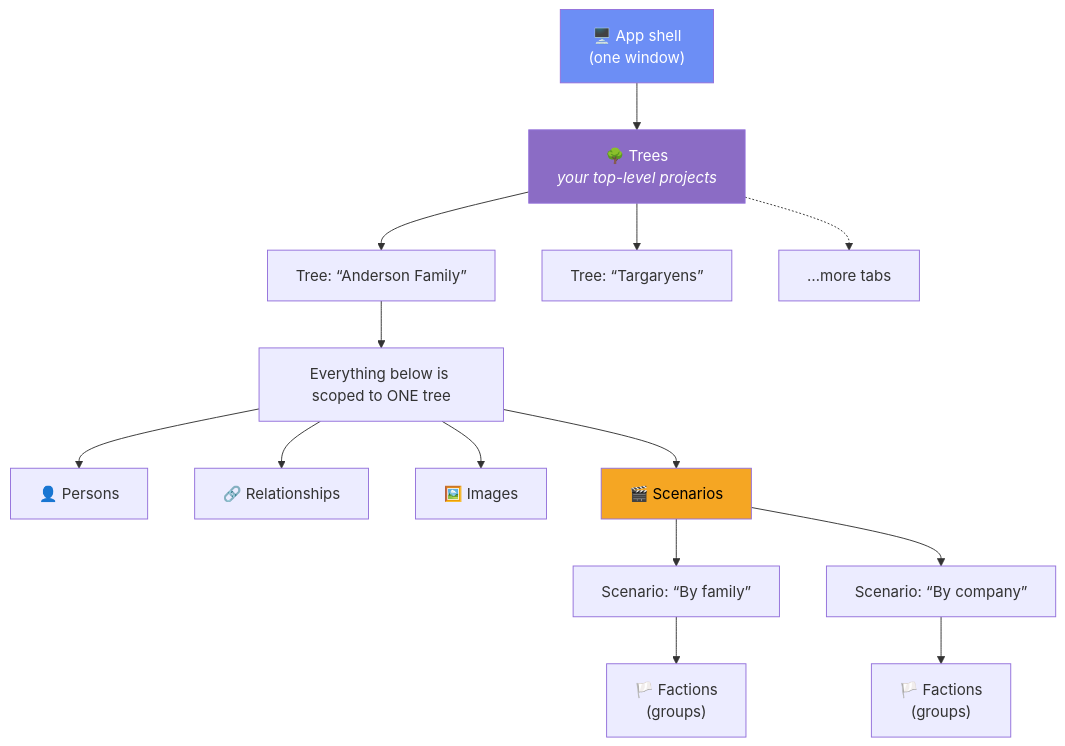
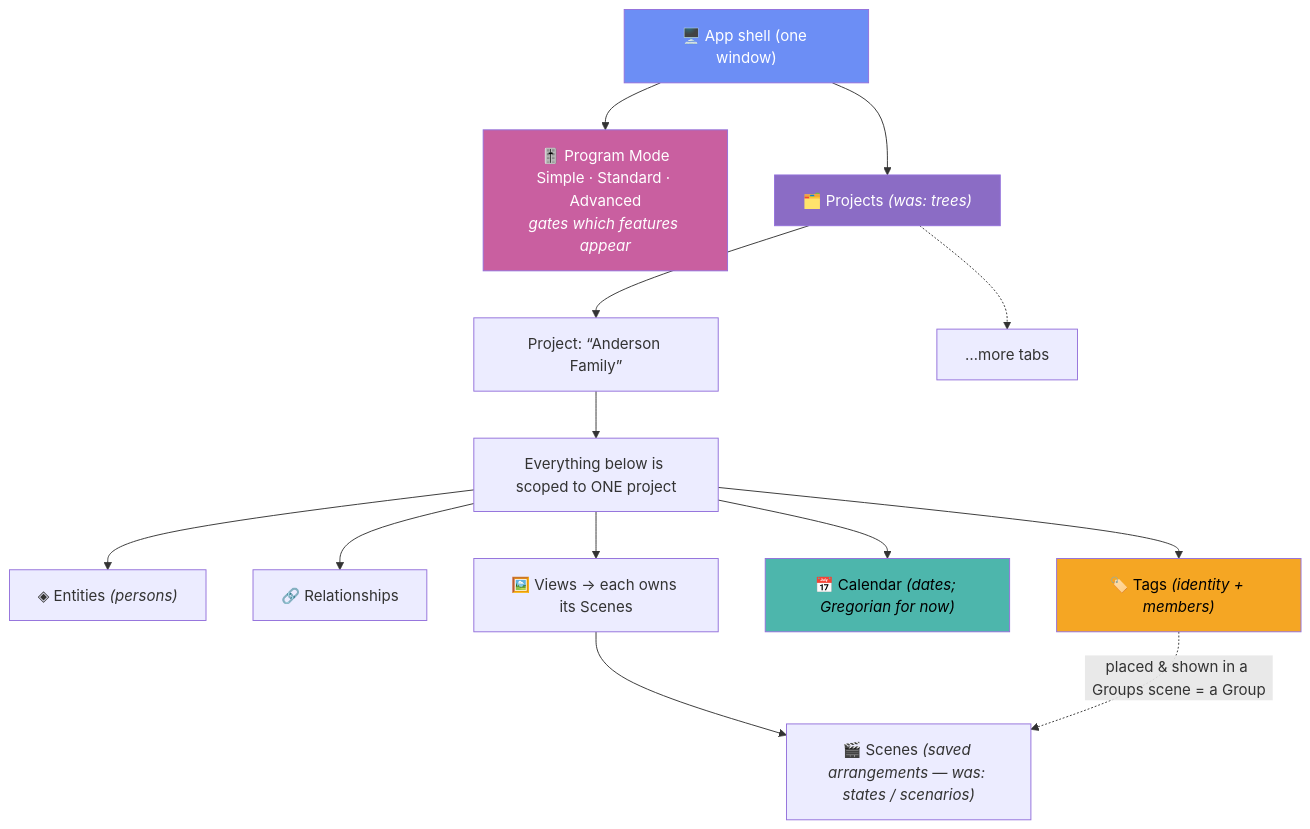
The first of 11 diagrams in docs/client-structure.md (TommyChan6/ModernFamilyTree), drawn with Mermaid before and after one commit. The commit also changed other lines of this file and 7 other files, not shown here.

````diff
--- a/docs/client-structure.md
+++ b/docs/client-structure.md
@@ -16,25 +21,25 @@
 ```mermaid
 flowchart TD
-    App["🖥️  App shell<br/>(one window)"]
-    App --> Trees["🌳 Trees<br/><i>your top-level projects</i>"]
+    App["🖥️ App shell (one window)"]
+    App --> Mode["🎚️ Program Mode<br/>Simple · Standard · Advanced<br/><i>gates which features appear</i>"]
+    App --> Proj["🗂️ Projects <i>(was: trees)</i>"]
 
-    Trees --> T1["Tree: “Anderson Family”"]
-    Trees --> T2["Tree: “Targaryens”"]
-    Trees -.-> Tn["…more tabs"]
+    Proj --> P1["Project: “Anderson Family”"]
+    Proj -.-> Pn["…more tabs"]
 
-    T1 --> Data["Everything below is scoped to ONE tree"]
+    P1 --> Data["Everything below is scoped to ONE project"]
+    Data --> Ent["◈ Entities <i>(persons)</i>"]
+    Data --> Rels["🔗 Relationships"]
+    Data --> Tags["🏷️ Tags <i>(identity + members)</i>"]
+    Data --> Cal["📅 Calendar <i>(dates; Gregorian for now)</i>"]
+    Data --> Views["🖼️ Views → each owns its Scenes"]
 
-    Data --> People["👤 Persons"]
-    Data --> Rels["🔗 Relationships"]
-    Data --> Imgs["🖼️ Images"]
-    Data --> Scen["🎬 Scenarios"]
-
-    Scen --> S1["Scenario: “By family”"]
-    Scen --> S2["Scenario: “By company”"]
-    S1 --> F1["🏳️ Factions<br/>(groups)"]
-    S2 --> F2["🏳️ Factions<br/>(groups)"]
+    Views --> Scenes["🎬 Scenes <i>(saved arrangements — was: states / scenarios)</i>"]
+    Tags -. "placed & shown in a Groups scene = a Group" .-> Scenes
 
     style App fill:#6c8ef5,color:#fff
-    style Trees fill:#8b6cc5,color:#fff
-    style Scen fill:#f5a623,color:#000
+    style Mode fill:#c95fa0,color:#fff
+    style Proj fill:#8b6cc5,color:#fff
+    style Tags fill:#f5a623,color:#000
+    style Cal fill:#4db6ac,color:#000
 ```
````
